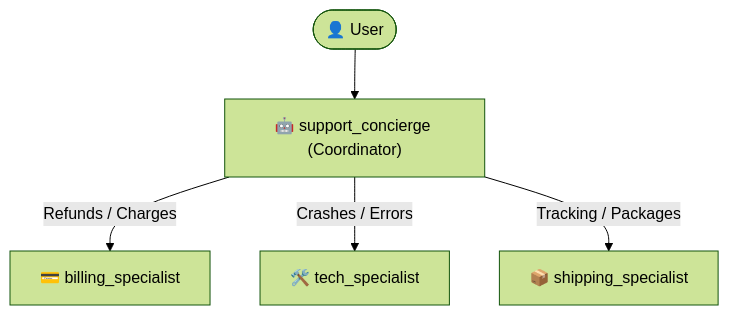
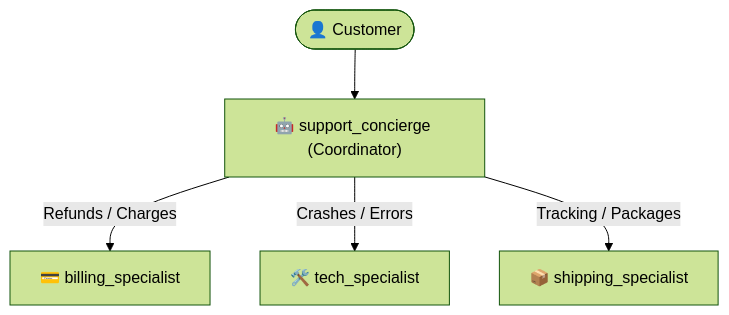
One commit to rominirani/adk-workflow-patterns changed the second of 4 diagrams in collaborative-workflows/README.md. Above: the diagram before and after it, drawn with Mermaid (forest theme). The commit also changed other lines of this file, not shown here.

````diff
--- a/collaborative-workflows/README.md
+++ b/collaborative-workflows/README.md
@@ -89,7 +72,7 @@
 ```mermaid
 graph TD
-    User(["👤 User"]) --> Concierge["🤖 support_concierge (Coordinator)"]
+    User(["👤 Customer"]) --> Concierge["🤖 support_concierge (Coordinator)"]
     Concierge -->|Refunds / Charges| B["💳 billing_specialist"]
     Concierge -->|Crashes / Errors| T["🛠️ tech_specialist"]
     Concierge -->|Tracking / Packages| S["📦 shipping_specialist"]
 ```
````
